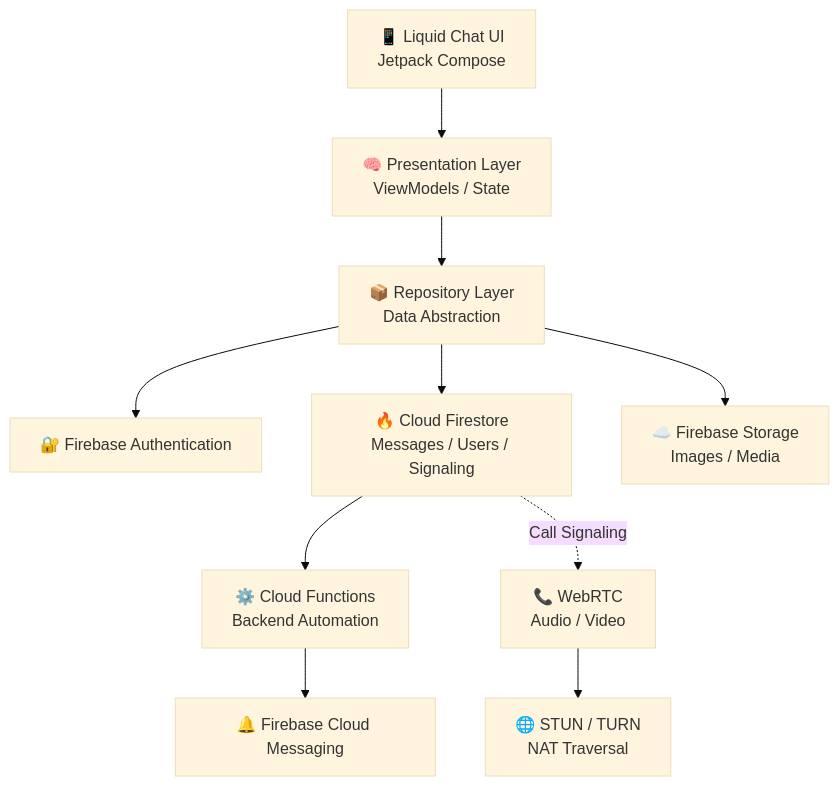
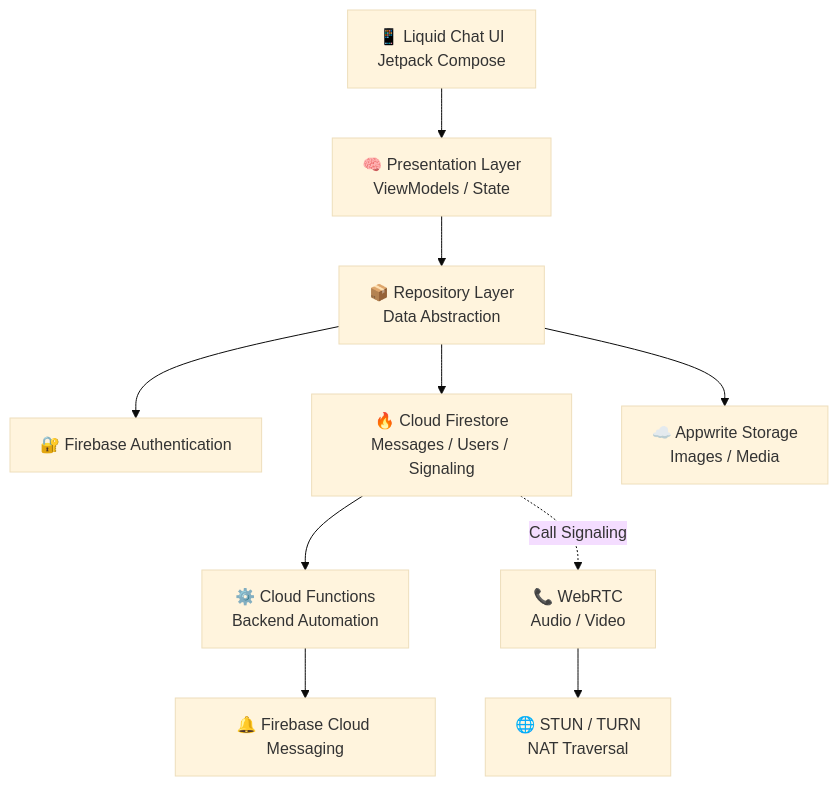
The diagram in README.md (officialpritam007/massage), drawn with Mermaid (base theme) before and after one commit. The commit also changed other lines of this file and 10 other files, not shown here.

````diff
--- a/README.md
+++ b/README.md
@@ -150,36 +150,36 @@
 ```mermaid
 flowchart TB
 
     UI["📱 Liquid Chat UI<br/>Jetpack Compose"]
 
     VM["🧠 Presentation Layer<br/>ViewModels / State"]
 
     REPO["📦 Repository Layer<br/>Data Abstraction"]
 
     AUTH["🔐 Firebase Authentication"]
 
     FIRESTORE["🔥 Cloud Firestore<br/>Messages / Users / Signaling"]
 
-    STORAGE["☁️ Firebase Storage<br/>Images / Media"]
+    STORAGE["☁️ Appwrite Storage<br/>Images / Media"]
 
     FCM["🔔 Firebase Cloud Messaging"]
 
     FUNCTIONS["⚙️ Cloud Functions<br/>Backend Automation"]
 
     WEBRTC["📞 WebRTC<br/>Audio / Video"]
 
     TURN["🌐 STUN / TURN<br/>NAT Traversal"]
 
     UI --> VM
     VM --> REPO
 
     REPO --> AUTH
     REPO --> FIRESTORE
     REPO --> STORAGE
 
     FIRESTORE --> FUNCTIONS
     FUNCTIONS --> FCM
 
     FIRESTORE -. "Call Signaling" .-> WEBRTC
     WEBRTC --> TURN
 ```
````
